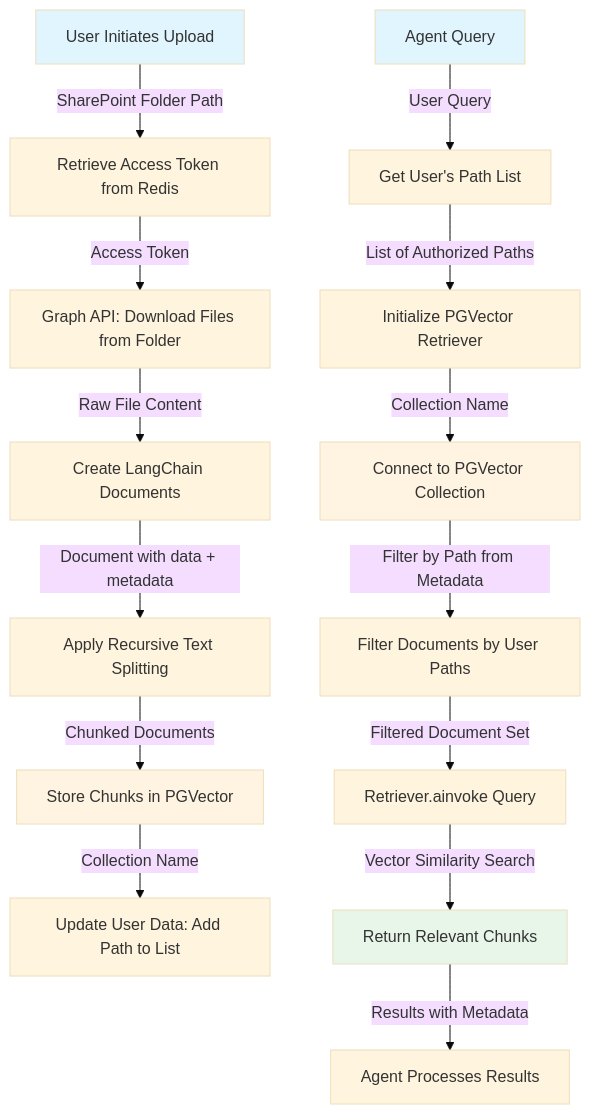
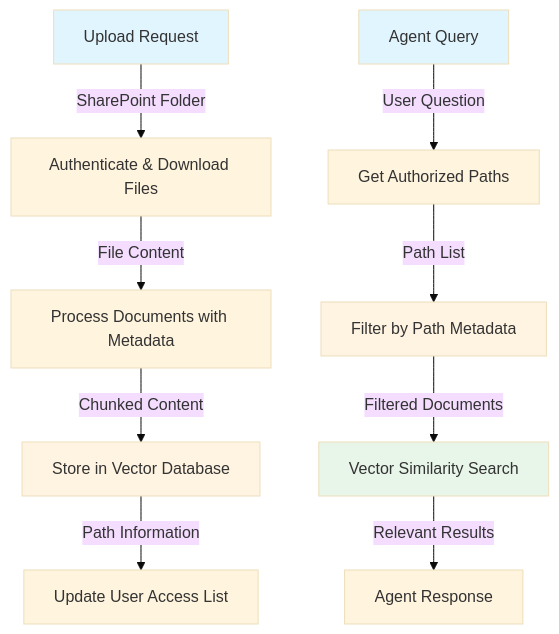
Before and after one commit to Nickbohm555/Assistant: the diagram in SHAREPOINT_AGENTS.md, drawn with Mermaid (base theme). The commit also changed other lines of this file and 2 other files, not shown here.

````diff
--- a/SHAREPOINT_AGENTS.md
+++ b/SHAREPOINT_AGENTS.md
@@ -77,23 +72,18 @@
 ```mermaid
 graph TD
-    A[User Initiates Upload] -->|SharePoint Folder Path| B[Retrieve Access Token from Redis]
-    B -->|Access Token| C[Graph API: Download Files from Folder]
-    C -->|Raw File Content| D[Create LangChain Documents]
-    D -->|Document with data + metadata| E[Apply Recursive Text Splitting]
-    E -->|Chunked Documents| F[Store Chunks in PGVector]
-    F -->|Collection Name| G[Update User Data: Add Path to List]
+    A[Upload Request] -->|SharePoint Folder| B[Authenticate & Download Files]
+    B -->|File Content| C[Process Documents with Metadata]
+    C -->|Chunked Content| D[Store in Vector Database]
+    D -->|Path Information| E[Update User Access List]
     
-    H[Agent Query] -->|User Query| I[Get User's Path List]
-    I -->|List of Authorized Paths| J[Initialize PGVector Retriever]
-    J -->|Collection Name| K[Connect to PGVector Collection]
-    K -->|Filter by Path from Metadata| L[Filter Documents by User Paths]
-    L -->|Filtered Document Set| M[Retriever.ainvoke Query]
-    M -->|Vector Similarity Search| N[Return Relevant Chunks]
-    N -->|Results with Metadata| O[Agent Processes Results]
+    F[Agent Query] -->|User Question| G[Get Authorized Paths]
+    G -->|Path List| H[Filter by Path Metadata]
+    H -->|Filtered Documents| I[Vector Similarity Search]
+    I -->|Relevant Results| J[Agent Response]
     
     style A fill:#e1f5ff
-    style H fill:#e1f5ff
-    style F fill:#fff4e1
-    style K fill:#fff4e1
-    style N fill:#e8f5e9
+    style F fill:#e1f5ff
+    style D fill:#fff4e1
+    style H fill:#fff4e1
+    style I fill:#e8f5e9
 ```
````
